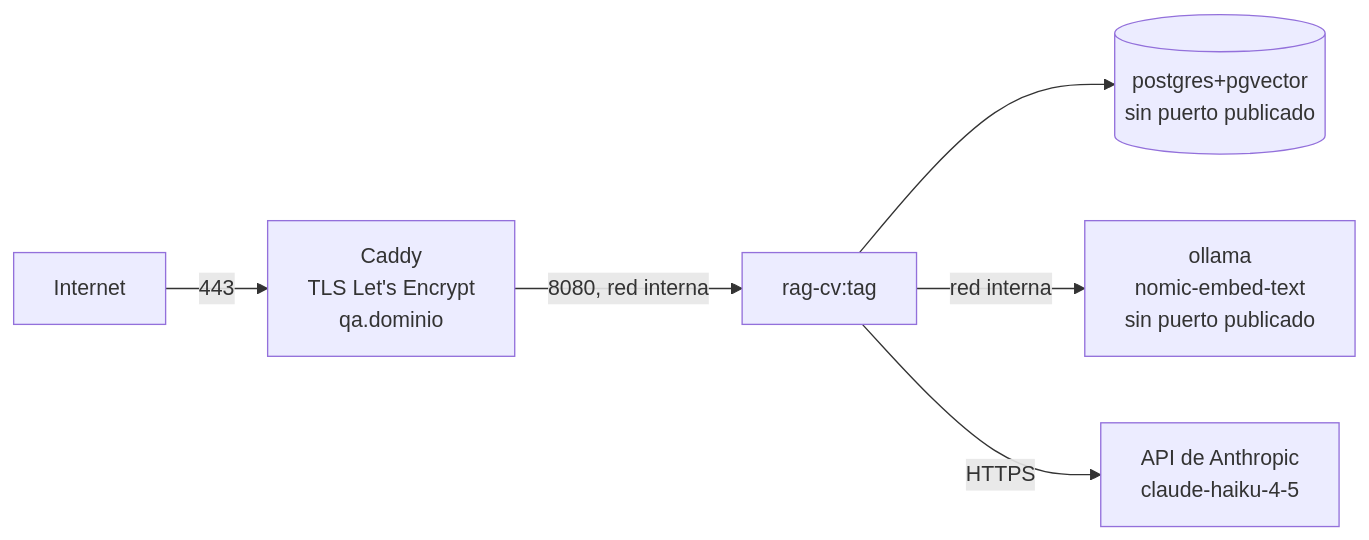
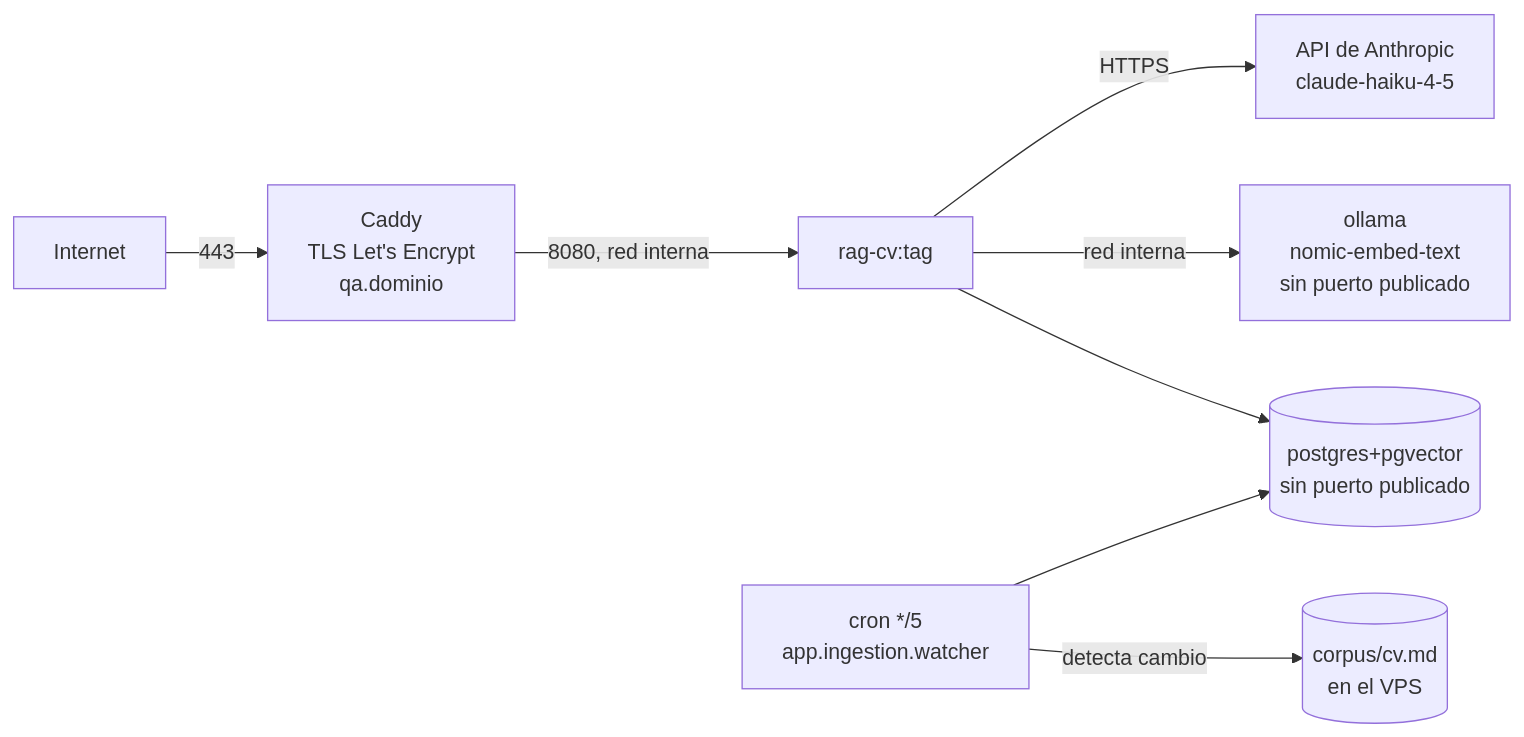
The diagram in docs/rfc/RFC-0016-alcance-poc-y-entrega-en-qa.md (e2lira/rag-cv), drawn with Mermaid before and after one commit. The commit also changed other lines of this file and 5 other files, not shown here.

````diff
--- a/docs/rfc/RFC-0016-alcance-poc-y-entrega-en-qa.md
+++ b/docs/rfc/RFC-0016-alcance-poc-y-entrega-en-qa.md
@@ -150,8 +159,10 @@
 ```mermaid
 flowchart LR
     I["Internet"] -->|443| CD["Caddy<br/>TLS Let's Encrypt<br/>qa.dominio"]
     CD -->|8080, red interna| API["rag-cv:tag"]
     API --> DB[("postgres+pgvector<br/>sin puerto publicado")]
     API -->|red interna| OL["ollama<br/>nomic-embed-text<br/>sin puerto publicado"]
     API -->|HTTPS| AN["API de Anthropic<br/>claude-haiku-4-5"]
+    CR["cron */5<br/>app.ingestion.watcher"] -->|detecta cambio| CV[("corpus/cv.md<br/>en el VPS")]
+    CR --> DB
 ```
````
